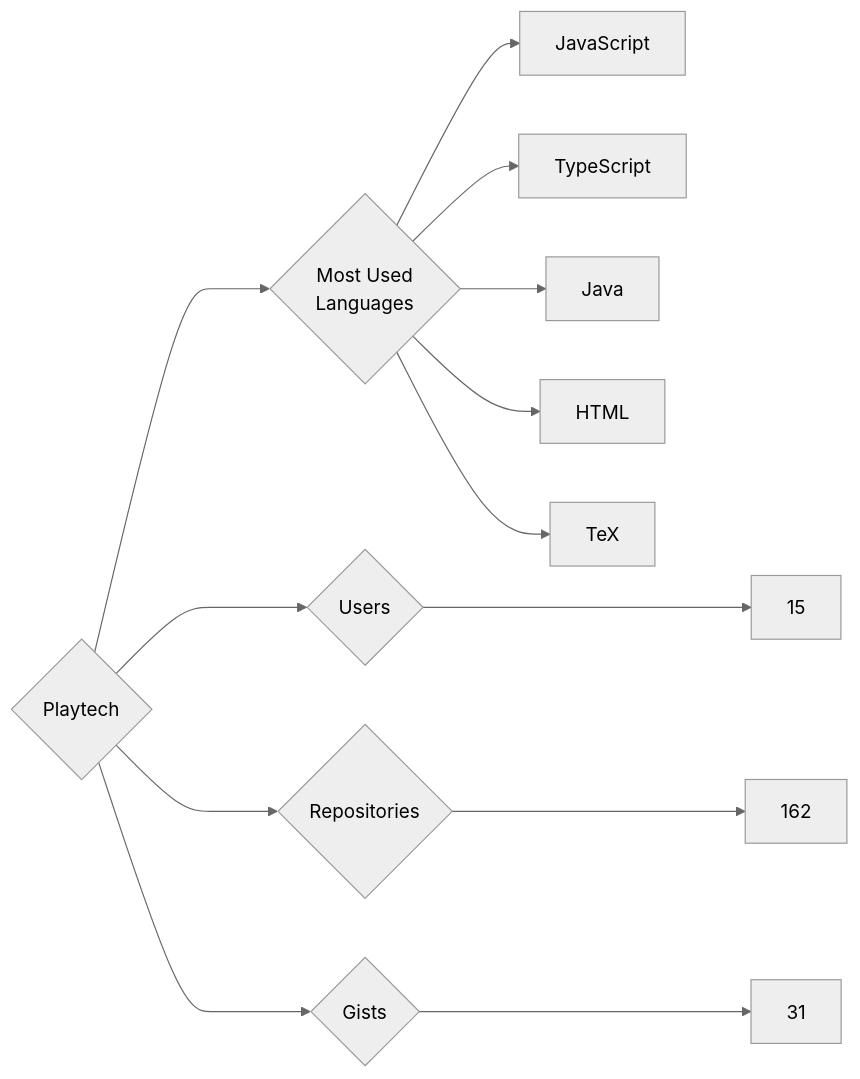
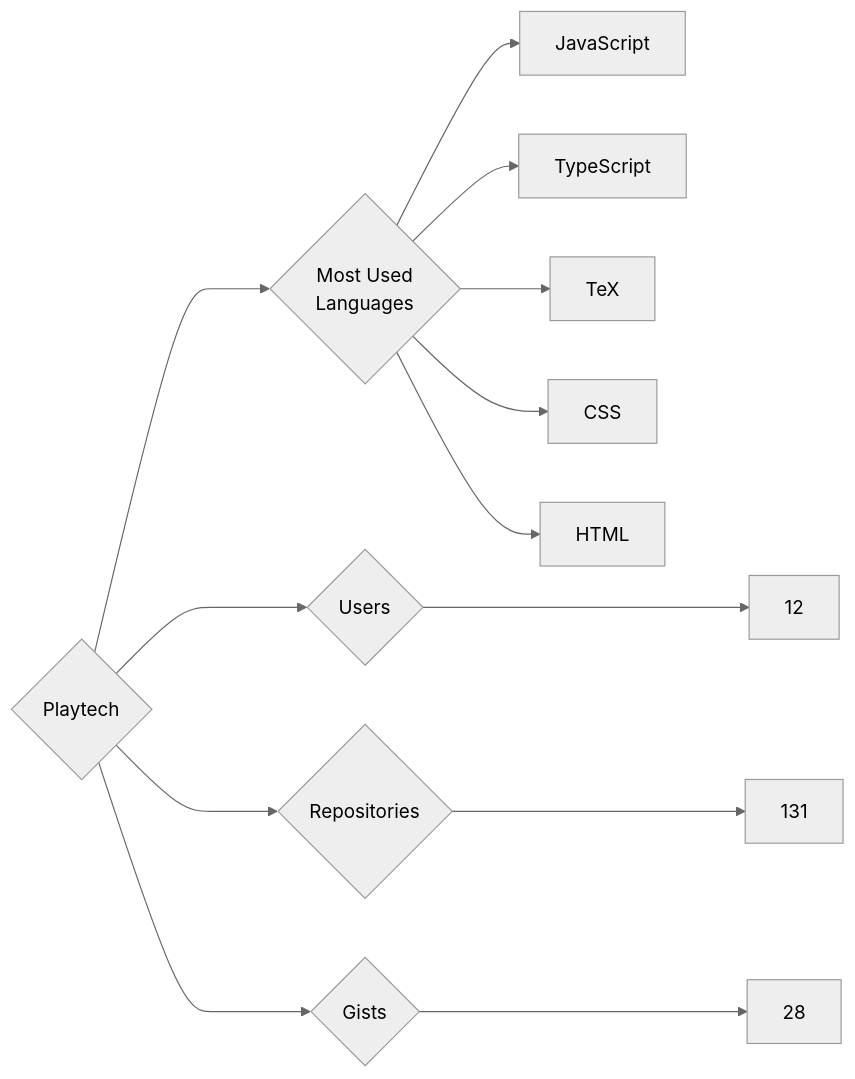
The diagram in targets/Playtech/README.md (trickest/insiders), drawn with Mermaid (neutral theme) before and after one commit. The commit also changed 953 other files, not shown here.

````diff
--- a/targets/Playtech/README.md
+++ b/targets/Playtech/README.md
@@ -3,13 +3,13 @@
 ```mermaid
 graph LR
 COMPANY_NAME{Playtech}
-COMPANY_NAME ---> U{Users} ---> UN[15]
-COMPANY_NAME ---> R{Repositories} ---> RN[162]
-COMPANY_NAME ---> G{Gists} ---> GN[31]
+COMPANY_NAME ---> U{Users} ---> UN[12]
+COMPANY_NAME ---> R{Repositories} ---> RN[131]
+COMPANY_NAME ---> G{Gists} ---> GN[28]
 COMPANY_NAME ---> ML{Most Used<br>Languages}
 ML --> JavaScript[JavaScript]
 ML --> TypeScript[TypeScript]
-ML --> Java[Java]
+ML --> TeX[TeX]
+ML --> CSS[CSS]
 ML --> HTML[HTML]
-ML --> TeX[TeX]
 ```
````
